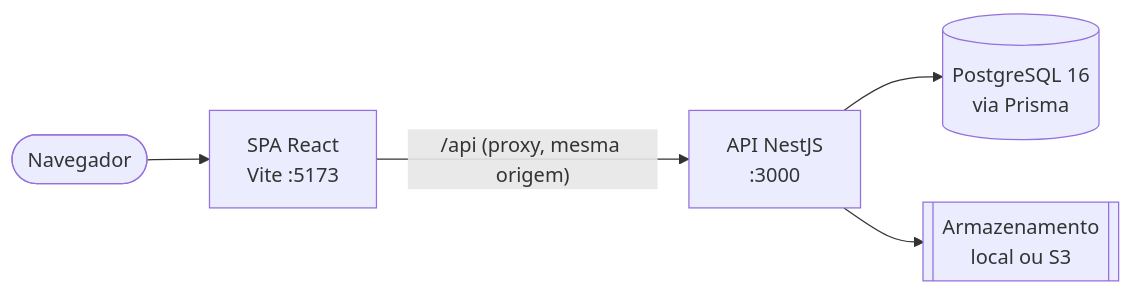
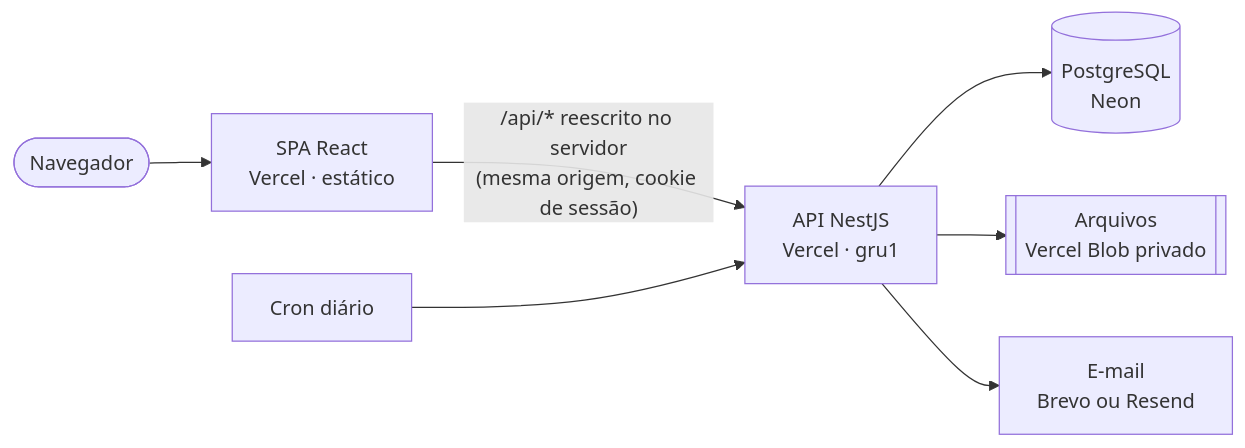
One commit to leonardobrrs/ridersync changed the third of 3 diagrams in README.md. Above: the diagram before and after it, drawn with Mermaid. The commit also changed other lines of this file and 13 other files, not shown here.

First line of the commit message:
docs: novo README com fotos do sistema e diagramas

````diff
--- a/README.md
+++ b/README.md
@@ -58,7 +199,9 @@
 ```mermaid
 flowchart LR
-  U([Navegador]) --> W[SPA React<br/>Vite :5173]
-  W -- "/api (proxy, mesma origem)" --> A[API NestJS<br/>:3000]
-  A --> D[(PostgreSQL 16<br/>via Prisma)]
-  A --> S[[Armazenamento<br/>local ou S3]]
+  U([Navegador]) --> F[SPA React<br/>Vercel · estático]
+  F -- "/api/* reescrito no servidor<br/>(mesma origem, cookie de sessão)" --> A[API NestJS<br/>Vercel · gru1]
+  A --> DB[(PostgreSQL<br/>Neon)]
+  A --> BL[[Arquivos<br/>Vercel Blob privado]]
+  A --> M[E-mail<br/>Brevo ou Resend]
+  CR[Cron diário] --> A
 ```
````
